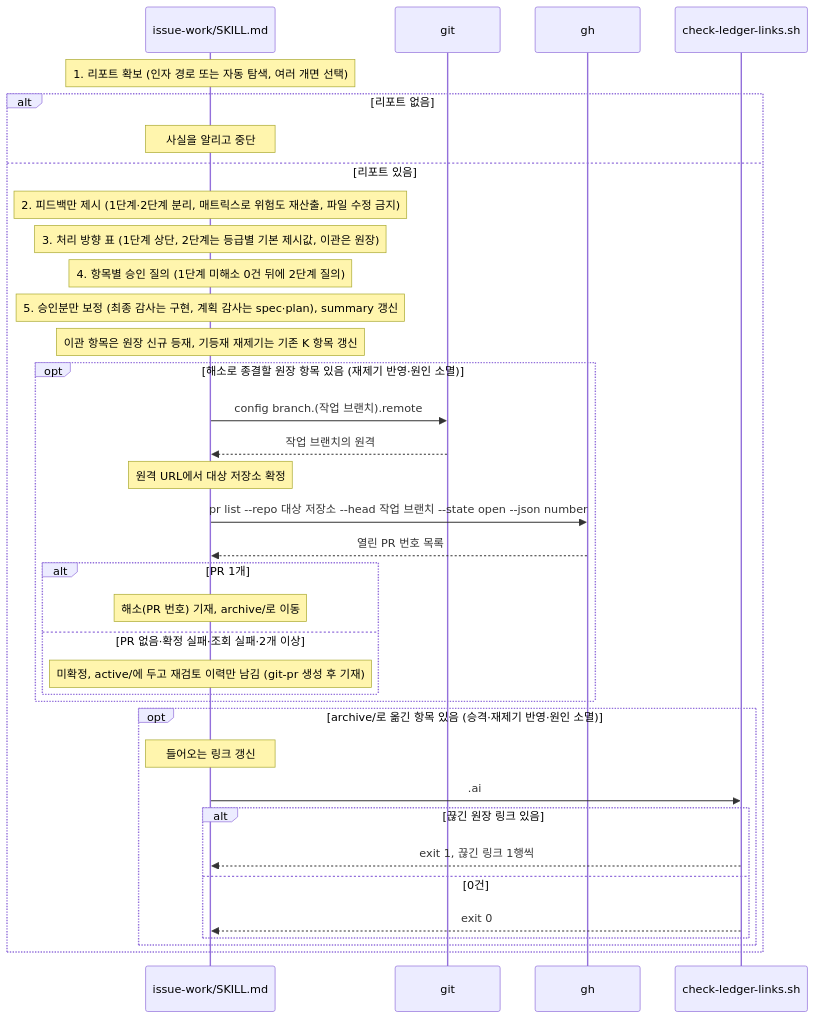
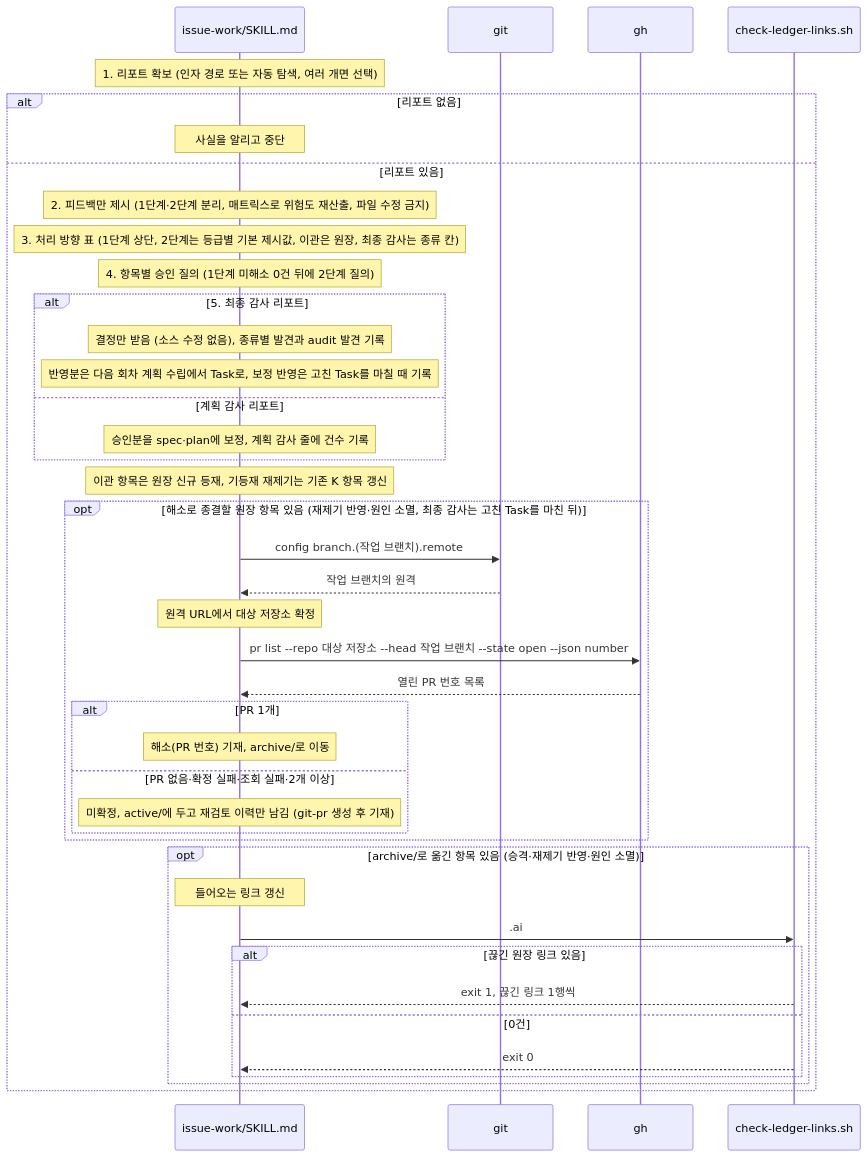
Before and after one commit to scroogy-dev/scroogy-agent-skills: the diagram in .ai/60_codebase/issue-work/response-call-flow.md, drawn with Mermaid. The commit also changed other lines of this file and 11 other files, not shown here.

````diff
--- a/.ai/60_codebase/issue-work/response-call-flow.md
+++ b/.ai/60_codebase/issue-work/response-call-flow.md
@@ -37,39 +40,44 @@
 ```mermaid
 sequenceDiagram
     participant SK as issue-work/SKILL.md
     participant GIT as git
     participant GH as gh
     participant CL as check-ledger-links.sh
 
     Note over SK: 1. 리포트 확보 (인자 경로 또는 자동 탐색, 여러 개면 선택)
     alt 리포트 없음
         Note over SK: 사실을 알리고 중단
     else 리포트 있음
         Note over SK: 2. 피드백만 제시 (1단계·2단계 분리, 매트릭스로 위험도 재산출, 파일 수정 금지)
-        Note over SK: 3. 처리 방향 표 (1단계 상단, 2단계는 등급별 기본 제시값, 이관은 원장)
+        Note over SK: 3. 처리 방향 표 (1단계 상단, 2단계는 등급별 기본 제시값, 이관은 원장, 최종 감사는 종류 칸)
         Note over SK: 4. 항목별 승인 질의 (1단계 미해소 0건 뒤에 2단계 질의)
-        Note over SK: 5. 승인분만 보정 (최종 감사는 구현, 계획 감사는 spec·plan), summary 갱신
+        alt 5. 최종 감사 리포트
+            Note over SK: 결정만 받음 (소스 수정 없음), 종류별 발견과 audit 발견 기록
+            Note over SK: 반영분은 다음 회차 계획 수립에서 Task로, 보정 반영은 고친 Task를 마칠 때 기록
+        else 계획 감사 리포트
+            Note over SK: 승인분을 spec·plan에 보정, 계획 감사 줄에 건수 기록
+        end
         Note over SK: 이관 항목은 원장 신규 등재, 기등재 재제기는 기존 K 항목 갱신
-        opt 해소로 종결할 원장 항목 있음 (재제기 반영·원인 소멸)
+        opt 해소로 종결할 원장 항목 있음 (재제기 반영·원인 소멸, 최종 감사는 고친 Task를 마친 뒤)
             SK->>GIT: config branch.(작업 브랜치).remote
             GIT-->>SK: 작업 브랜치의 원격
             Note over SK: 원격 URL에서 대상 저장소 확정
             SK->>GH: pr list --repo 대상 저장소 --head 작업 브랜치 --state open --json number
             GH-->>SK: 열린 PR 번호 목록
             alt PR 1개
                 Note over SK: 해소(PR 번호) 기재, archive/로 이동
             else PR 없음·확정 실패·조회 실패·2개 이상
                 Note over SK: 미확정, active/에 두고 재검토 이력만 남김 (git-pr 생성 후 기재)
             end
         end
         opt archive/로 옮긴 항목 있음 (승격·재제기 반영·원인 소멸)
             Note over SK: 들어오는 링크 갱신
             SK->>CL: .ai
             alt 끊긴 원장 링크 있음
                 CL-->>SK: exit 1, 끊긴 링크 1행씩
             else 0건
                 CL-->>SK: exit 0
             end
         end
     end
 ```
````
